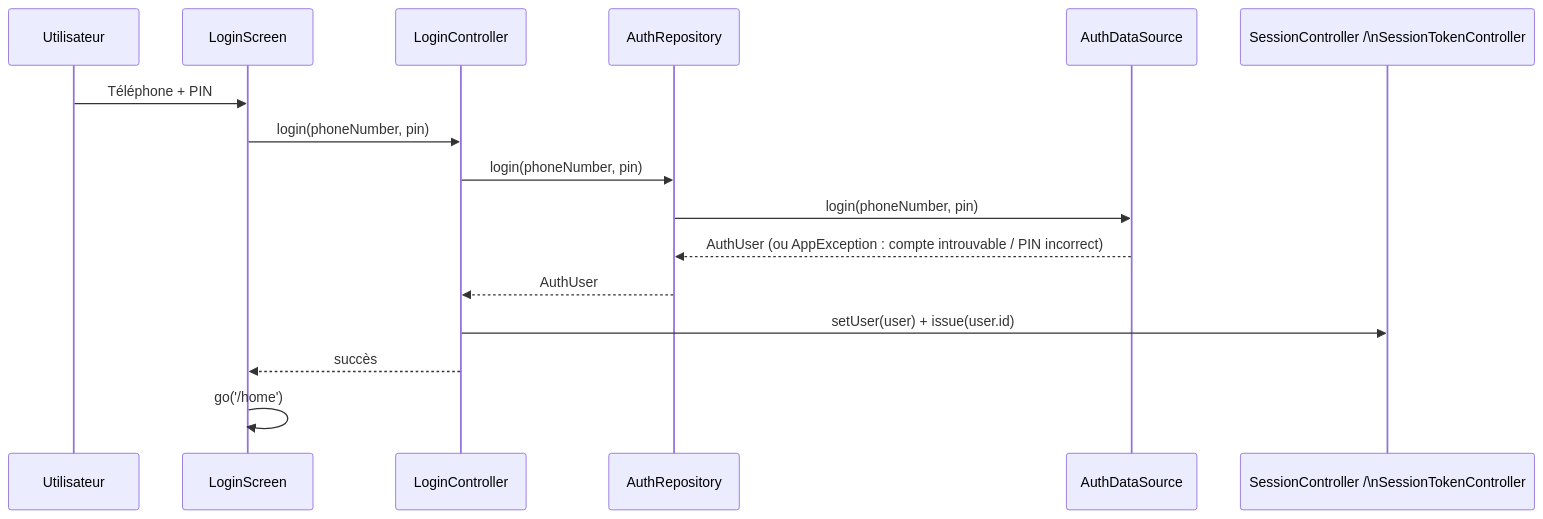
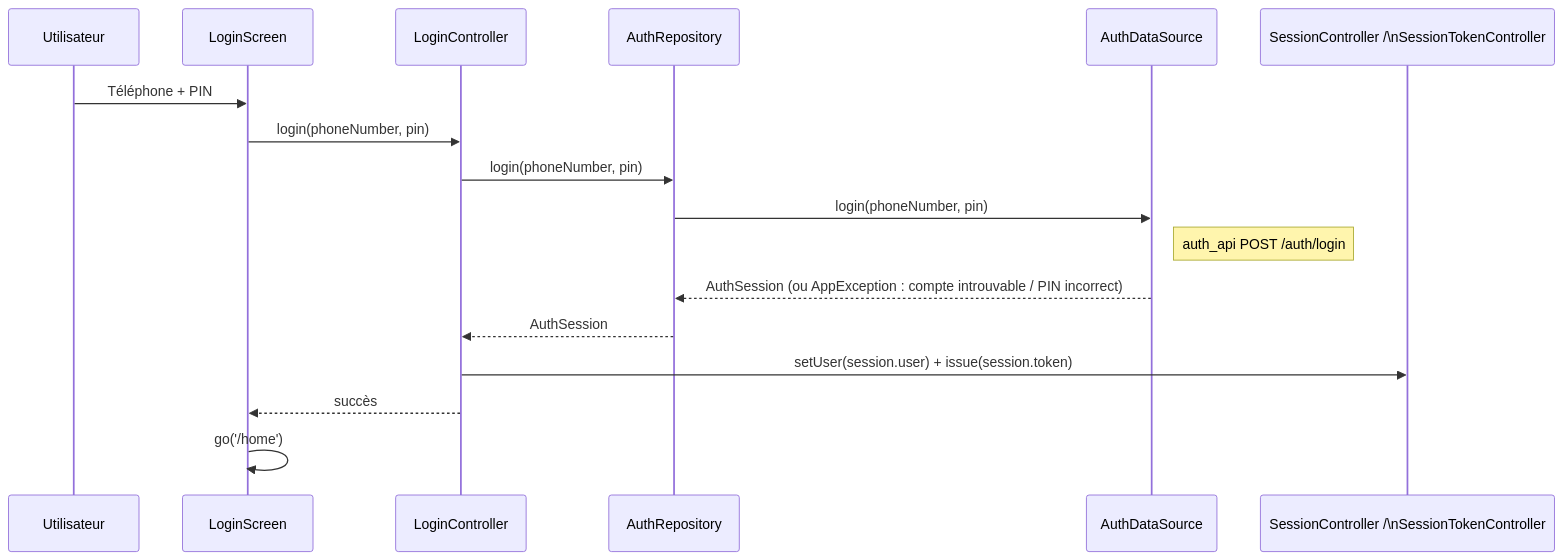
The second of 3 diagrams in docs/auth-flow.md (Alou66/flutter_banque), drawn with Mermaid before and after one commit. The commit also changed other lines of this file and 30 other files, not shown here.

````diff
--- a/docs/auth-flow.md
+++ b/docs/auth-flow.md
@@ -55,19 +58,20 @@
 ```mermaid
 sequenceDiagram
     participant U as Utilisateur
     participant LS as LoginScreen
     participant LC as LoginController
     participant Repo as AuthRepository
     participant DS as AuthDataSource
     participant Sess as SessionController /\nSessionTokenController
 
     U->>LS: Téléphone + PIN
     LS->>LC: login(phoneNumber, pin)
     LC->>Repo: login(phoneNumber, pin)
     Repo->>DS: login(phoneNumber, pin)
-    DS-->>Repo: AuthUser (ou AppException : compte introuvable / PIN incorrect)
-    Repo-->>LC: AuthUser
-    LC->>Sess: setUser(user) + issue(user.id)
+    Note right of DS: auth_api POST /auth/login
+    DS-->>Repo: AuthSession (ou AppException : compte introuvable / PIN incorrect)
+    Repo-->>LC: AuthSession
+    LC->>Sess: setUser(session.user) + issue(session.token)
     LC-->>LS: succès
     LS->>LS: go('/home')
 ```
````
